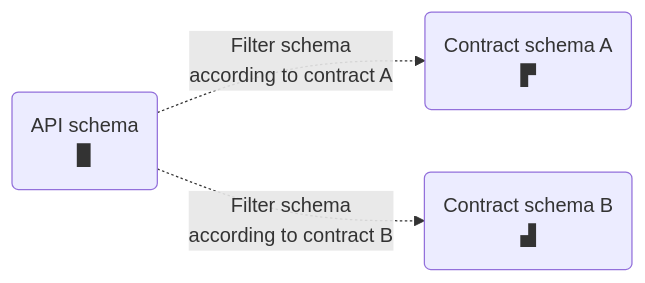
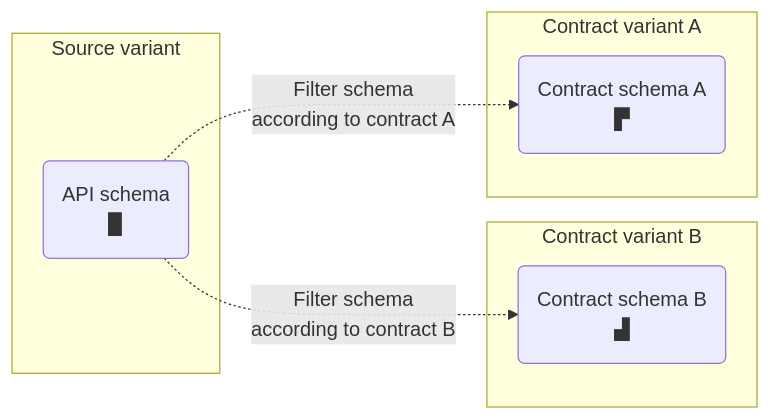
Before and after one commit to apollographql/docs: the first of 2 diagrams in src/content/studio/contracts.mdx, drawn with Mermaid. The commit also changed other lines of this file and 4 other files, not shown here.

````diff
--- a/src/content/studio/contracts.mdx
+++ b/src/content/studio/contracts.mdx
@@ -12,8 +12,14 @@
 ```mermaid
 graph LR;
+  subgraph "Source variant";
   api("API schema<br/>▉");
+  end
+  subgraph "Contract variant B"
+  contractB("Contract schema B<br/>▟")
+  end
+  subgraph "Contract variant A"
   contractA("Contract schema A<br/>▛");
-  contractB("Contract schema B<br/>▟")
+  end
   api -."Filter schema<br/>according to contract A".->contractA
   api -."Filter schema<br/>according to contract B".->contractB
 ```
````
